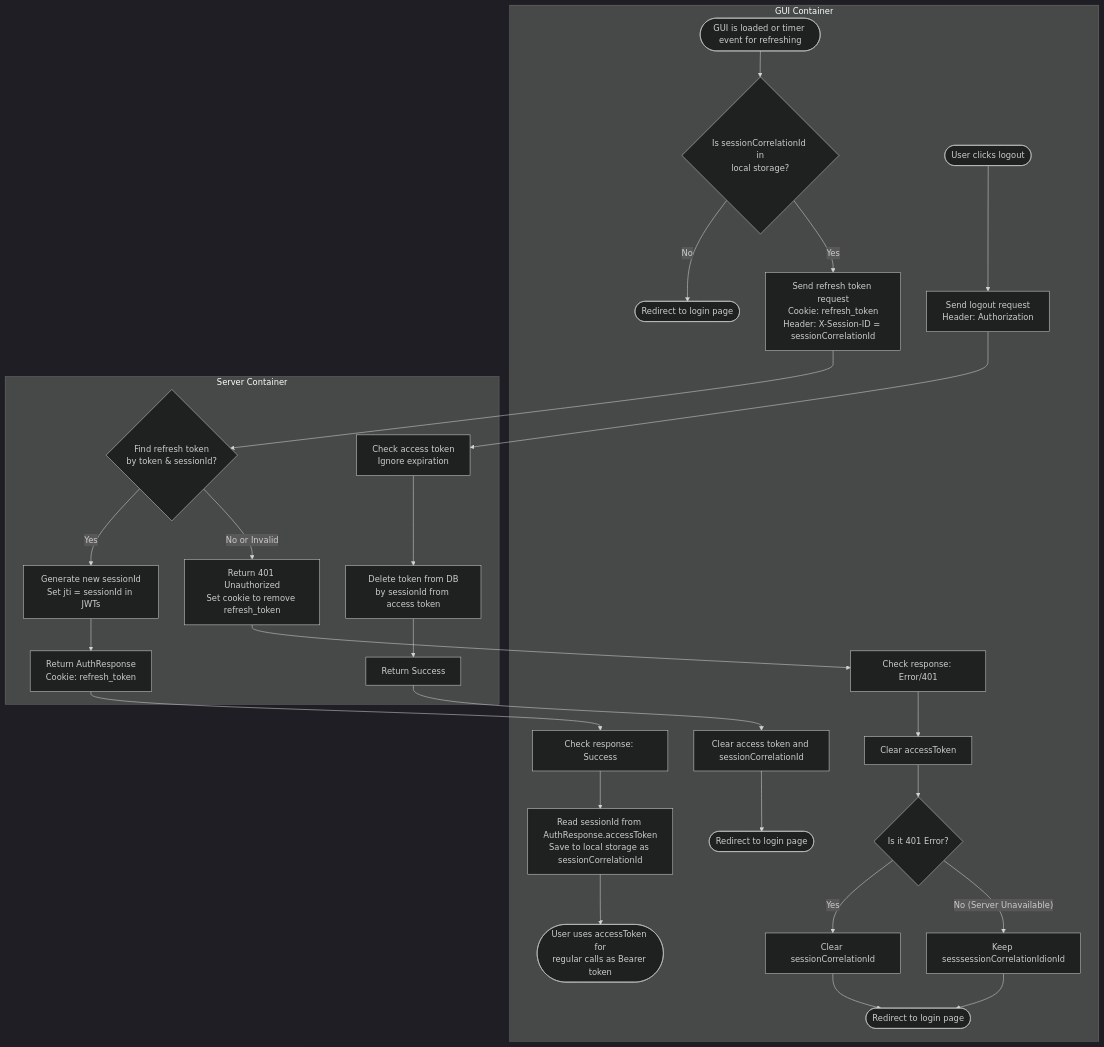
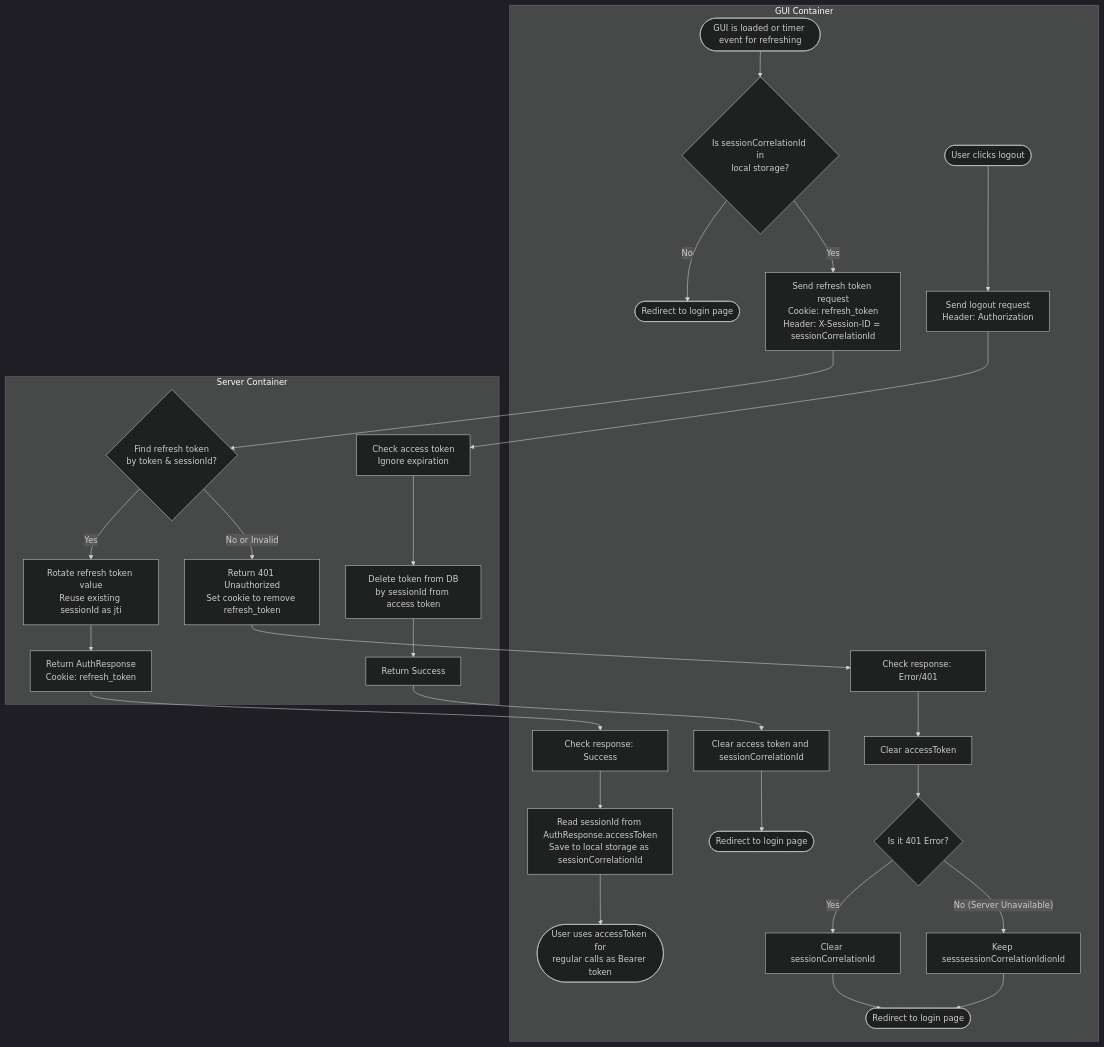
The diagram in doc/algorithms/auth.md (olshanskyev/fourletters-meta), drawn with Mermaid (dark theme) before and after one commit. The commit also changed other lines of this file and 6 other files, not shown here.

````diff
--- a/doc/algorithms/auth.md
+++ b/doc/algorithms/auth.md
@@ -21,73 +21,73 @@
 ```mermaid
 flowchart TD
     %% GUI Container Nodes
     subgraph GUI [GUI Container]
         Start([GUI is loaded or timer event for refreshing])
         CheckSession{Is sessionCorrelationId in<br/>local storage?}
         GoToLogin([Redirect to login page])
         SendRefresh[Send refresh token request<br/>Cookie: refresh_token<br/>Header: X-Session-ID = sessionCorrelationId]
 
         Gui_CheckSuccess[Check response: Success]
         Gui_SaveToken[Read sessionId from AuthResponse.accessToken<br/>Save to local storage as sessionCorrelationId]
         Gui_NormalCall([User uses accessToken for<br/>regular calls as Bearer token])
 
         Gui_CheckFail[Check response: Error/401]
         Gui_ClearToken[Clear accessToken]
         Gui_Is401{Is it 401 Error?}
         Gui_ClearSession[Clear sessionCorrelationId]
         Gui_SkipClearSession[Keep sesssessionCorrelationIdionId]
         GoToLogin2([Redirect to login page])
 
         Gui_Logout([User clicks logout])
         Gui_SendLogout[Send logout request<br/>Header: Authorization]
 
         Gui_ClearAll[Clear access token and sessionCorrelationId]
         GoToLogin3([Redirect to login page])
     end
 
     %% Server Container Nodes
     subgraph Server [Server Container]
         BE_Check{Find refresh token<br/>by token & sessionId?}
-        BE_Success[Generate new sessionId<br/>Set jti = sessionId in JWTs]
+        BE_Success[Rotate refresh token value<br/>Reuse existing sessionId as jti]
         BE_ReturnSuccess[Return AuthResponse<br/>Cookie: refresh_token]
         BE_ReturnFail[Return 401 Unauthorized<br/>Set cookie to remove refresh_token]
 
         BE_CheckLogout[Check access token<br/>Ignore expiration]
         BE_DeleteToken[Delete token from DB<br/>by sessionId from access token]
         BE_ReturnLogout[Return Success]
     end
 
     %% Step 1-3
     Start --> CheckSession
     CheckSession -- No --> GoToLogin
     CheckSession -- Yes --> SendRefresh
 
     %% Step 4-5
     SendRefresh --> BE_Check
     BE_Check -- Yes --> BE_Success
     BE_Success --> BE_ReturnSuccess
     BE_Check -- No or Invalid --> BE_ReturnFail
 
     %% Step 6-7 (Success)
     BE_ReturnSuccess --> Gui_CheckSuccess
     Gui_CheckSuccess --> Gui_SaveToken
     Gui_SaveToken --> Gui_NormalCall
 
     %% Step 6 (Fail)
     BE_ReturnFail --> Gui_CheckFail
     Gui_CheckFail --> Gui_ClearToken
     Gui_ClearToken --> Gui_Is401
     Gui_Is401 -- Yes --> Gui_ClearSession
     Gui_Is401 -- No (Server Unavailable) --> Gui_SkipClearSession
     Gui_ClearSession --> GoToLogin2
     Gui_SkipClearSession --> GoToLogin2
 
     %% Step 8
     Gui_Logout --> Gui_SendLogout
     Gui_SendLogout --> BE_CheckLogout
     BE_CheckLogout --> BE_DeleteToken
     BE_DeleteToken --> BE_ReturnLogout
 
     BE_ReturnLogout --> Gui_ClearAll
     Gui_ClearAll --> GoToLogin3
 ```
````
